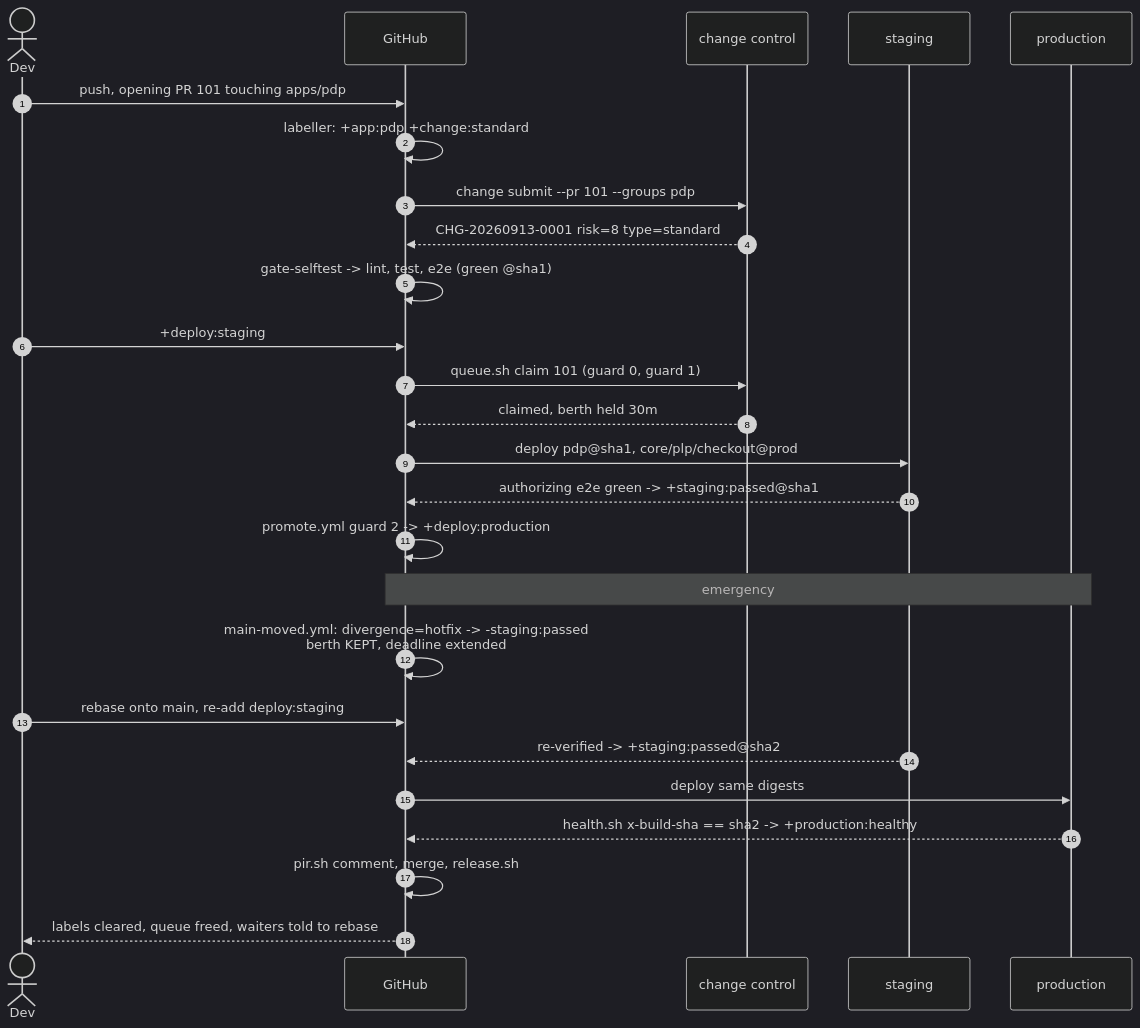
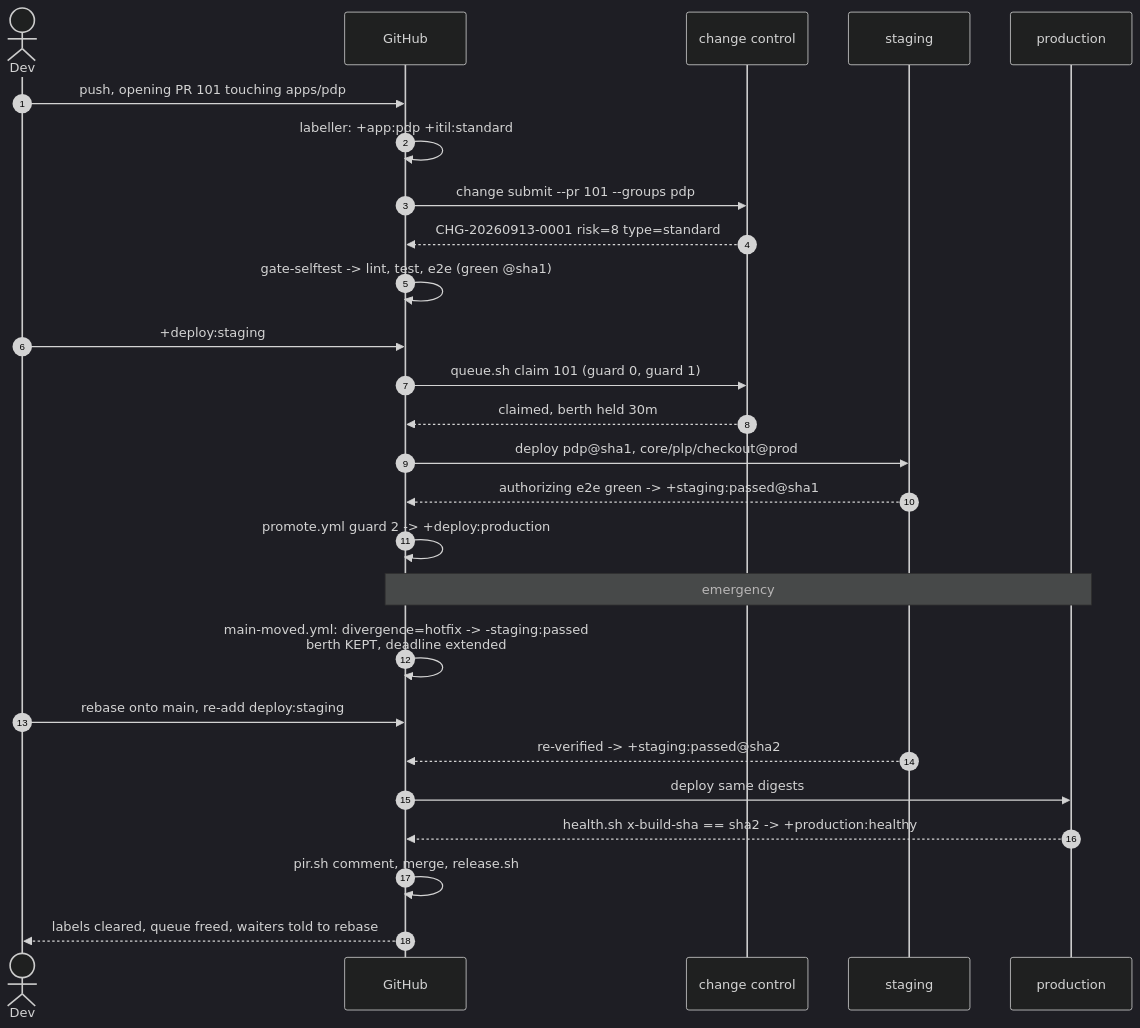
Before and after one commit to aygp-dr/standard-change: the second of 2 diagrams in WALKTHROUGH.org, drawn with Mermaid (dark theme). The commit also changed 11 other files, not shown here.

```diff
--- a/WALKTHROUGH.org
+++ b/WALKTHROUGH.org
@@ -225,29 +225,29 @@
 #+begin_src mermaid :eval never-export
 sequenceDiagram
     autonumber
     actor Dev
     participant GH as GitHub
     participant IDP as change control
     participant Stg as staging
     participant Prod as production
 
     Dev->>GH: push, opening PR 101 touching apps/pdp
-    GH->>GH: labeller: +app:pdp +change:standard
+    GH->>GH: labeller: +app:pdp +itil:standard
     GH->>IDP: change submit --pr 101 --groups pdp
     IDP-->>GH: CHG-20260913-0001 risk=8 type=standard
     GH->>GH: gate-selftest -> lint, test, e2e (green @sha1)
     Dev->>GH: +deploy:staging
     GH->>IDP: queue.sh claim 101 (guard 0, guard 1)
     IDP-->>GH: claimed, berth held 30m
     GH->>Stg: deploy pdp@sha1, core/plp/checkout@prod
     Stg-->>GH: authorizing e2e green -> +staging:passed@sha1
     GH->>GH: promote.yml guard 2 -> +deploy:production
     Note over GH,Prod: emergency #202 merges here in scenario D4
     GH->>GH: main-moved.yml: divergence=hotfix -> -staging:passed<br/>berth KEPT, deadline extended
     Dev->>GH: rebase onto main, re-add deploy:staging
     Stg-->>GH: re-verified -> +staging:passed@sha2
     GH->>Prod: deploy same digests
     Prod-->>GH: health.sh x-build-sha == sha2 -> +production:healthy
     GH->>GH: pir.sh comment, merge, release.sh
     GH-->>Dev: labels cleared, queue freed, waiters told to rebase
 #+end_src
```
